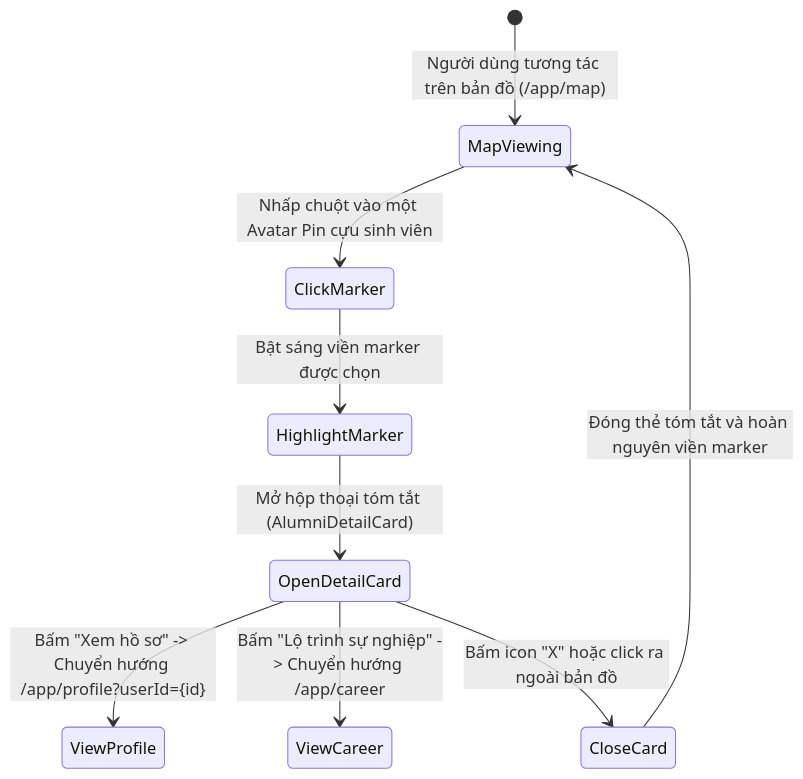
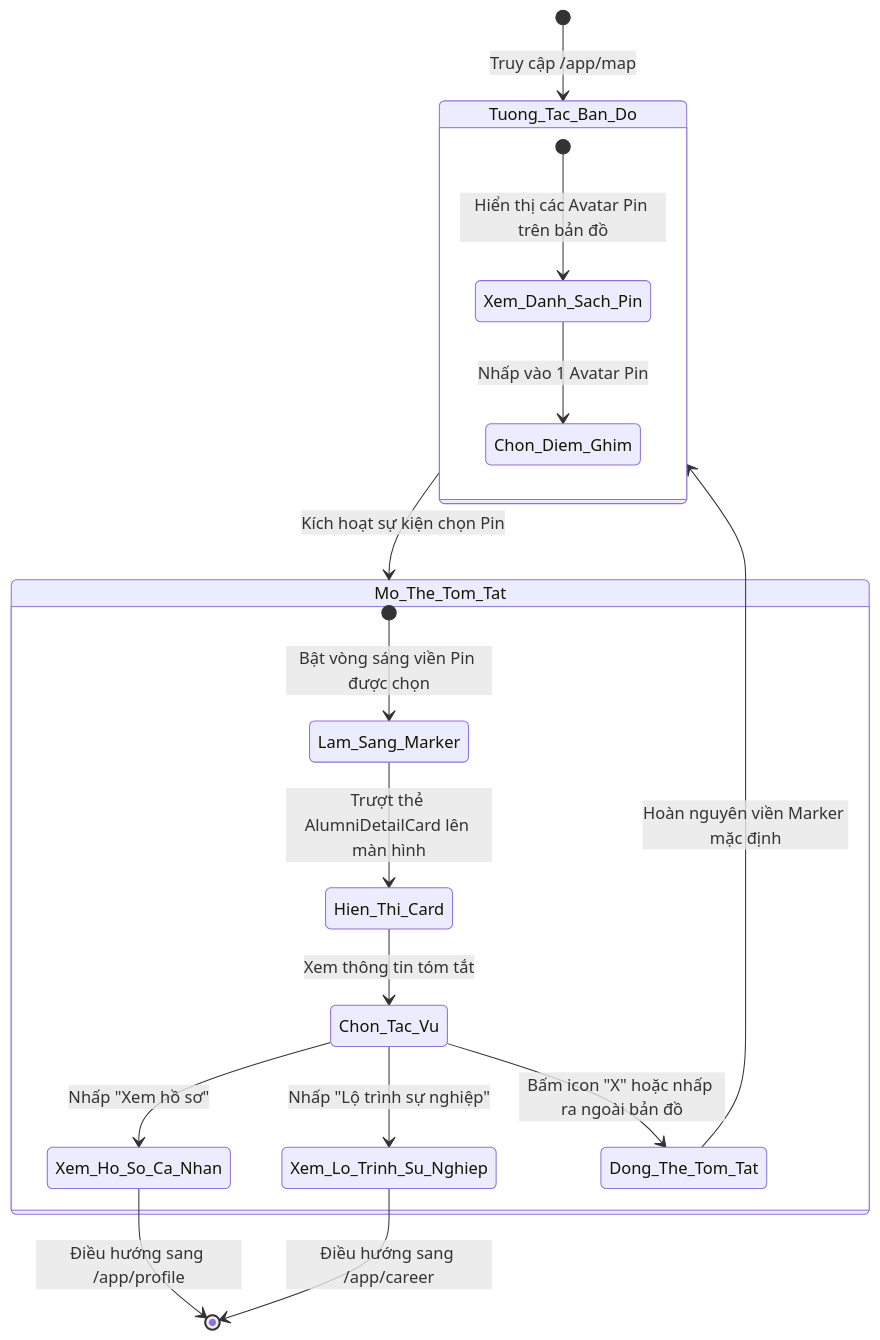
Before and after one commit to Alumnect/Alumnect: the first of 3 diagrams in docs/update_SRS/SRS_UC_57_ViewProfileFromMarker.md, drawn with Mermaid. The commit also changed other lines of this file and 14 other files, not shown here.

````diff
--- a/docs/update_SRS/SRS_UC_57_ViewProfileFromMarker.md
+++ b/docs/update_SRS/SRS_UC_57_ViewProfileFromMarker.md
@@ -7,11 +7,25 @@
 ```mermaid
 stateDiagram-v2
-    [*] --> MapViewing : Người dùng tương tác trên bản đồ (/app/map)
-    MapViewing --> ClickMarker : Nhấp chuột vào một Avatar Pin cựu sinh viên
-    ClickMarker --> HighlightMarker : Bật sáng viền marker được chọn
-    HighlightMarker --> OpenDetailCard : Mở hộp thoại tóm tắt (AlumniDetailCard)
-    OpenDetailCard --> ViewProfile : Bấm "Xem hồ sơ" -> Chuyển hướng /app/profile?userId={id}
-    OpenDetailCard --> ViewCareer : Bấm "Lộ trình sự nghiệp" -> Chuyển hướng /app/career
-    OpenDetailCard --> CloseCard : Bấm icon "X" hoặc click ra ngoài bản đồ
-    CloseCard --> MapViewing : Đóng thẻ tóm tắt và hoàn nguyên viền marker
+    [*] --> Tuong_Tac_Ban_Do : Truy cập /app/map
+    
+    state Tuong_Tac_Ban_Do {
+        [*] --> Xem_Danh_Sach_Pin : Hiển thị các Avatar Pin trên bản đồ
+        Xem_Danh_Sach_Pin --> Chon_Diem_Ghim : Nhấp vào 1 Avatar Pin
+    }
+
+    Tuong_Tac_Ban_Do --> Mo_The_Tom_Tat : Kích hoạt sự kiện chọn Pin
+    
+    state Mo_The_Tom_Tat {
+        [*] --> Lam_Sang_Marker : Bật vòng sáng viền Pin được chọn
+        Lam_Sang_Marker --> Hien_Thi_Card : Trượt thẻ AlumniDetailCard lên màn hình
+        Hien_Thi_Card --> Chon_Tac_Vu : Xem thông tin tóm tắt
+        
+        Chon_Tac_Vu --> Xem_Ho_So_Ca_Nhan : Nhấp "Xem hồ sơ"
+        Chon_Tac_Vu --> Xem_Lo_Trinh_Su_Nghiep : Nhấp "Lộ trình sự nghiệp"
+        Chon_Tac_Vu --> Dong_The_Tom_Tat : Bấm icon "X" hoặc nhấp ra ngoài bản đồ
+    }
+
+    Dong_The_Tom_Tat --> Tuong_Tac_Ban_Do : Hoàn nguyên viền Marker mặc định
+    Xem_Ho_So_Ca_Nhan --> [*] : Điều hướng sang /app/profile
+    Xem_Lo_Trinh_Su_Nghiep --> [*] : Điều hướng sang /app/career
 ```
````
